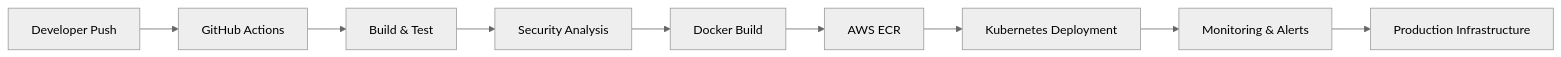
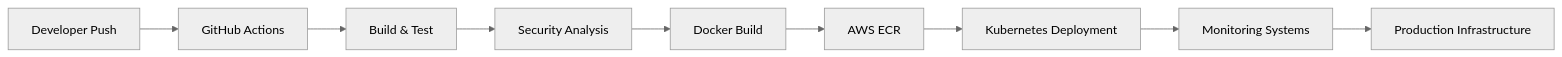
One commit to omkarbhete/omkarbhete changed the diagram in README.md. Above: the diagram before and after it, drawn with Mermaid (neutral theme). The commit also changed other lines of this file, not shown here.

````diff
--- a/README.md
+++ b/README.md
@@ -227,19 +253,19 @@
 ```mermaid
 flowchart LR
 
 A[Developer Push] --> B[GitHub Actions]
 
 B --> C[Build & Test]
 
 C --> D[Security Analysis]
 
 D --> E[Docker Build]
 
 E --> F[AWS ECR]
 
 F --> G[Kubernetes Deployment]
 
-G --> H[Monitoring & Alerts]
+G --> H[Monitoring Systems]
 
 H --> I[Production Infrastructure]
 ```
````
